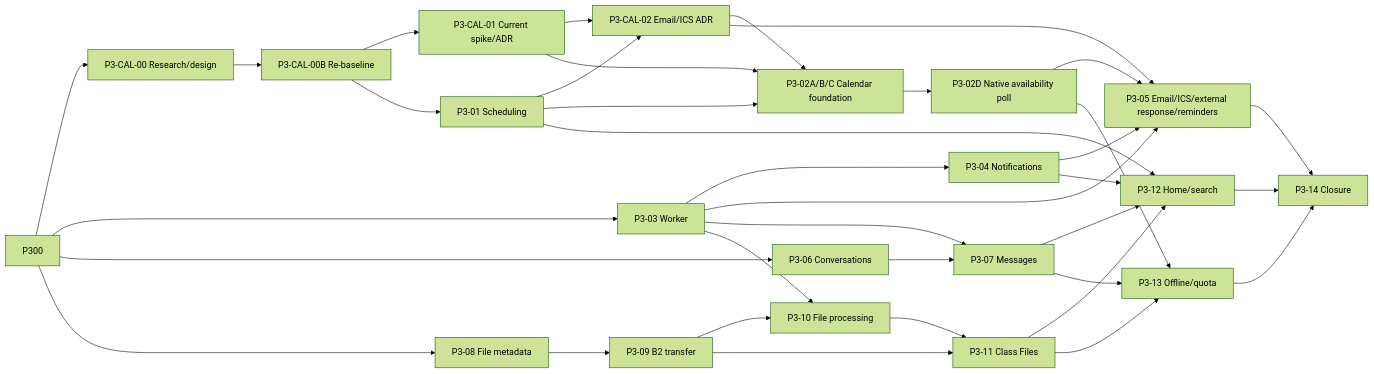
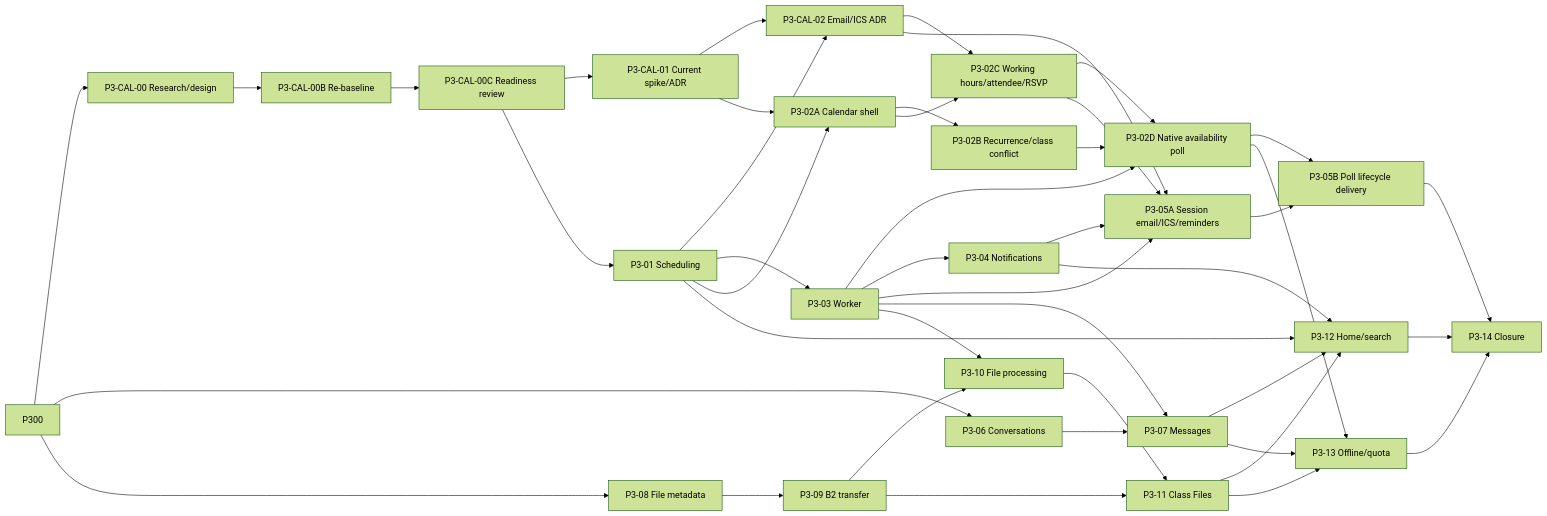
The diagram in docs/PHASE_3_BACKLOG.md (basangnguyen/TUTORHUB_WEB), drawn with Mermaid (forest theme) before and after one commit. The commit also changed other lines of this file and 5 other files, not shown here.

Commit message:
docs: harden calendar implementation readiness plan

````diff
--- a/docs/PHASE_3_BACKLOG.md
+++ b/docs/PHASE_3_BACKLOG.md
@@ -100,38 +105,45 @@
 ```mermaid
 flowchart LR
     P300 --> PC00["P3-CAL-00 Research/design"]
     PC00 --> PC00B["P3-CAL-00B Re-baseline"]
-    PC00B --> PC01["P3-CAL-01 Current spike/ADR"]
-    PC00B --> P301["P3-01 Scheduling"]
+    PC00B --> PC00C["P3-CAL-00C Readiness review"]
+    PC00C --> PC01["P3-CAL-01 Current spike/ADR"]
+    PC00C --> P301["P3-01 Scheduling"]
     PC01 --> PC02["P3-CAL-02 Email/ICS ADR"]
     P301 --> PC02
-    PC01 --> P302
-    PC02 --> P302
-    P300 --> P303["P3-03 Worker"]
+    P301 --> P303["P3-03 Worker"]
     P300 --> P306["P3-06 Conversations"]
     P300 --> P308["P3-08 File metadata"]
-    P301 --> P302["P3-02A/B/C Calendar foundation"]
-    P302 --> P302D["P3-02D Native availability poll"]
+    P301 --> P302A["P3-02A Calendar shell"]
+    PC01 --> P302A
+    P302A --> P302B["P3-02B Recurrence/class conflict"]
+    P302A --> P302C["P3-02C Working hours/attendee/RSVP"]
+    PC02 --> P302C
+    P302B --> P302D["P3-02D Native availability poll"]
+    P302C --> P302D
+    P303 --> P302D
     P303 --> P304["P3-04 Notifications"]
-    PC02 --> P305["P3-05 Email/ICS/external response/reminders"]
-    P302D --> P305
-    P303 --> P305
-    P304 --> P305
+    P302C --> P305A["P3-05A Session email/ICS/reminders"]
+    PC02 --> P305A
+    P303 --> P305A
+    P304 --> P305A
+    P302D --> P305B["P3-05B Poll lifecycle delivery"]
+    P305A --> P305B
     P306 --> P307["P3-07 Messages"]
     P303 --> P307
     P308 --> P309["P3-09 B2 transfer"]
     P309 --> P310["P3-10 File processing"]
     P303 --> P310
     P309 --> P311["P3-11 Class Files"]
     P310 --> P311
     P301 --> P312["P3-12 Home/search"]
     P304 --> P312
     P307 --> P312
     P311 --> P312
     P302D --> P313["P3-13 Offline/quota"]
     P307 --> P313
     P311 --> P313
-    P305 --> P314["P3-14 Closure"]
+    P305B --> P314["P3-14 Closure"]
     P312 --> P314
     P313 --> P314
 ```
````
